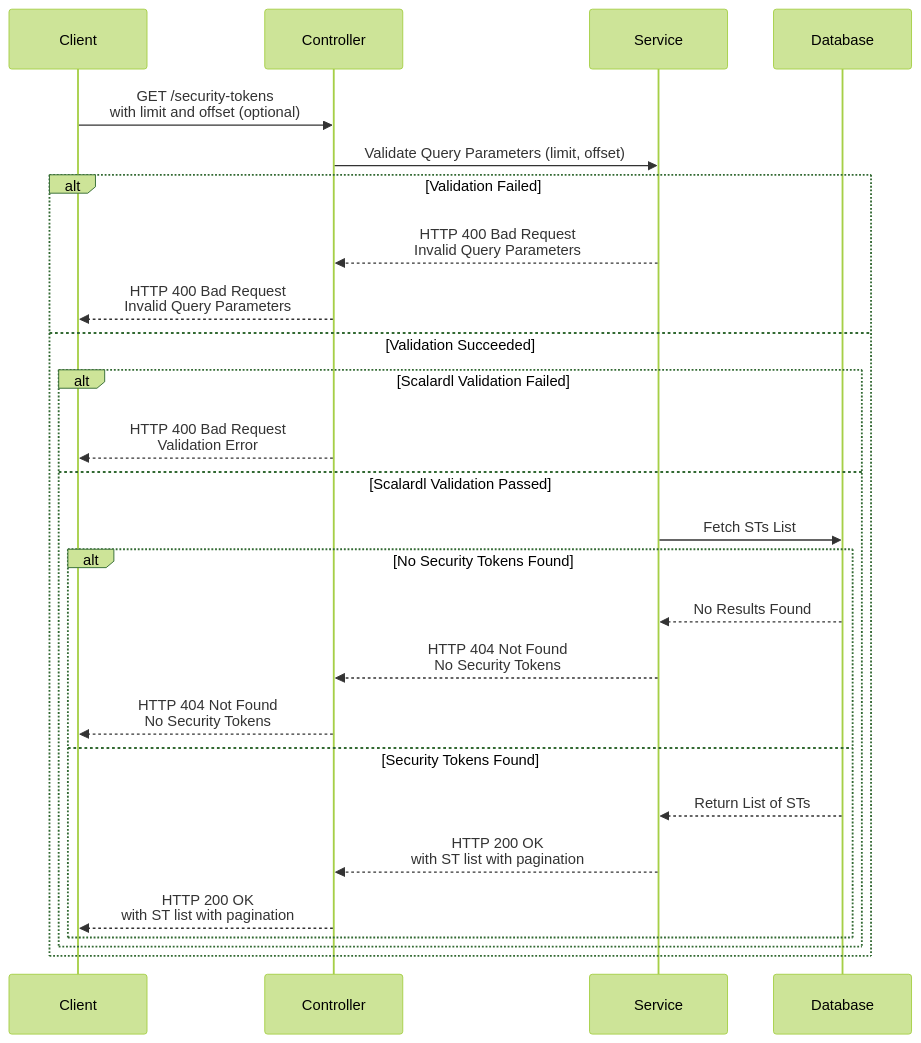
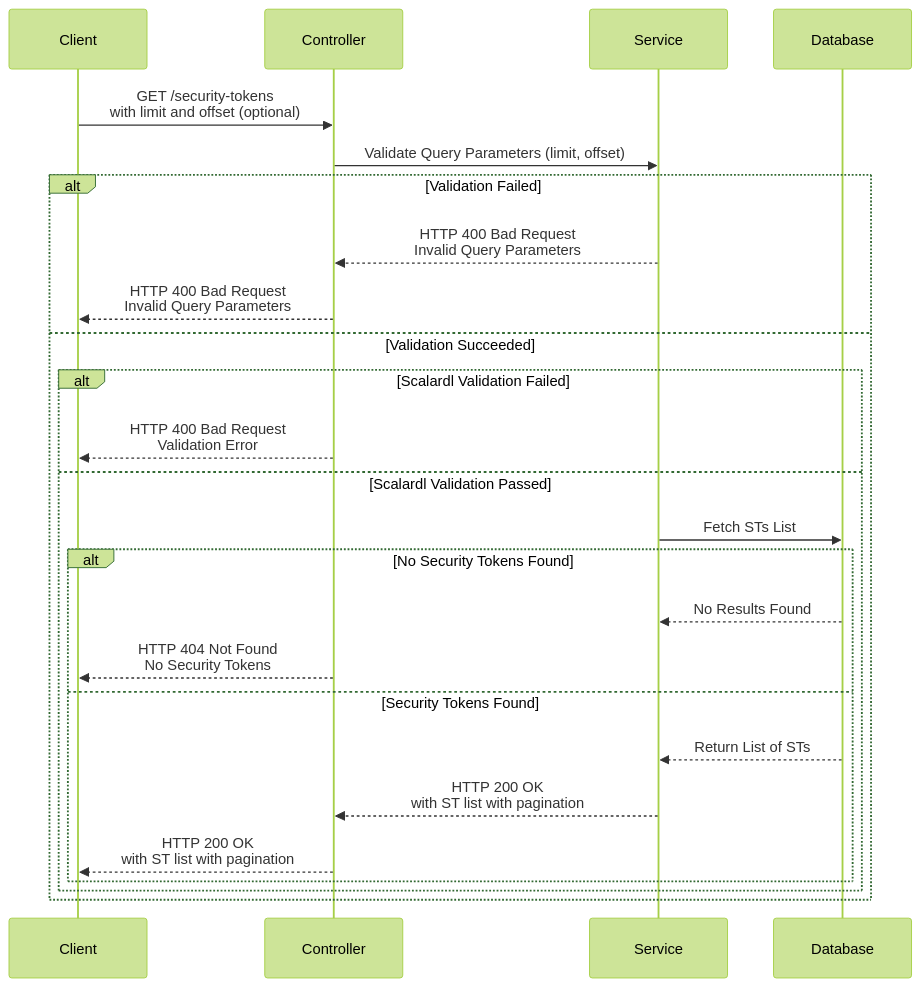
One commit to MayuriSutar12/protocol_8_api_doc changed the diagram in new_list_security_token.md. Above: the diagram before and after it, drawn with Mermaid (forest theme).

````diff
--- a/new_list_security_token.md
+++ b/new_list_security_token.md
@@ -3,29 +3,28 @@
 ```mermaid
 sequenceDiagram
     participant Client as Client
     participant Controller as Controller
     participant Service as Service
     participant Database as Database
 
     Client ->> Controller: GET /security-tokens<br/>with limit and offset (optional)
     Controller ->> Service: Validate Query Parameters (limit, offset)
     alt Validation Failed
         Service -->> Controller: HTTP 400 Bad Request<br/>Invalid Query Parameters
         Controller -->> Client: HTTP 400 Bad Request<br/>Invalid Query Parameters
     else Validation Succeeded
         alt Scalardl Validation Failed
             Controller -->> Client: HTTP 400 Bad Request<br/>Validation Error
         else Scalardl Validation Passed
             Service ->> Database: Fetch STs List
             alt No Security Tokens Found
                 Database -->> Service: No Results Found
-                Service -->> Controller: HTTP 404 Not Found<br/>No Security Tokens
                 Controller -->> Client: HTTP 404 Not Found<br/>No Security Tokens
             else Security Tokens Found
                 Database -->> Service: Return List of STs
                 Service -->> Controller: HTTP 200 OK<br/>with ST list with pagination
                 Controller -->> Client: HTTP 200 OK<br/>with ST list with pagination
             end
         end
 end
 ```
````
